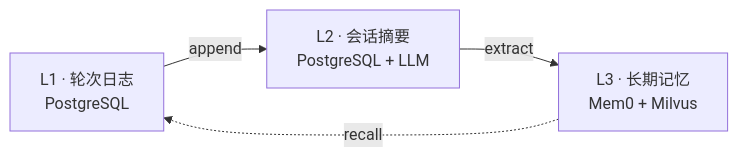
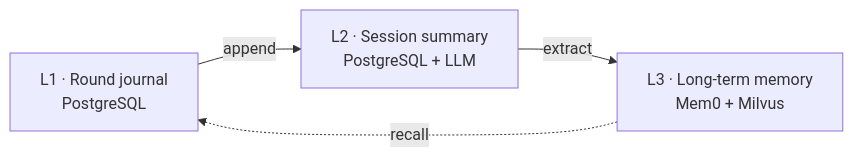
The diagram in README.zh-CN.md (mcgrapeng/Thinkback), drawn with Mermaid before and after one commit. The commit also changed other lines of this file and 2 other files, not shown here.

First line of the commit message:
docs(README): 全面升级 - 视觉冲击 + 推广元素 + 修复中文截图

````diff
--- a/README.zh-CN.md
+++ b/README.zh-CN.md
@@ -111,9 +99,9 @@
 ```mermaid
 flowchart LR
-    L1["L1 · 轮次日志<br/>PostgreSQL"]
-    L2["L2 · 会话摘要<br/>PostgreSQL + LLM"]
-    L3["L3 · 长期记忆<br/>Mem0 + Milvus"]
+    L1["L1 · Round journal<br/>PostgreSQL"]
+    L2["L2 · Session summary<br/>PostgreSQL + LLM"]
+    L3["L3 · Long-term memory<br/>Mem0 + Milvus"]
     L1 -->|append| L2
     L2 -->|extract| L3
     L3 -.->|recall| L1
 ```
````
